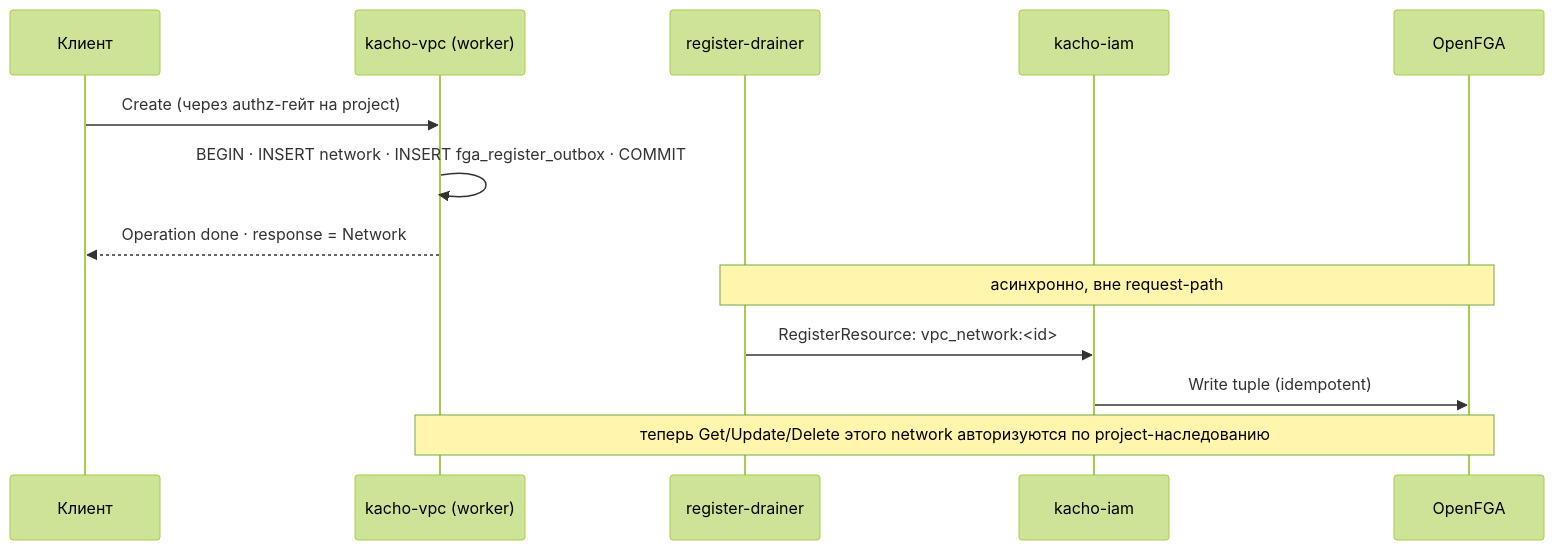
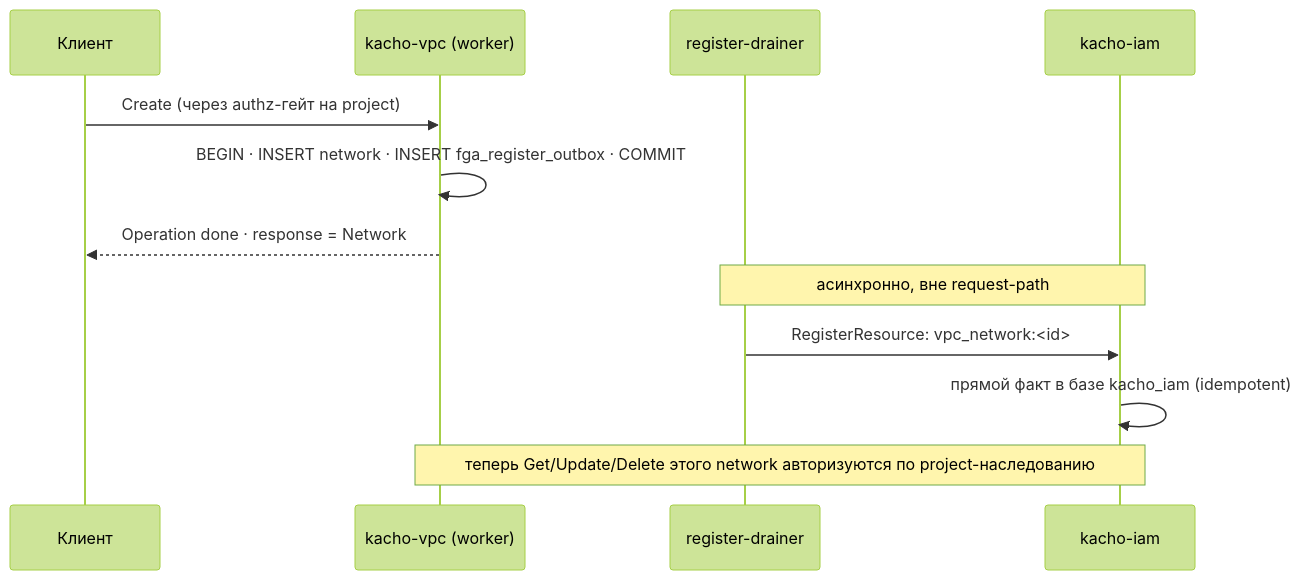
One commit to PRO-Robotech/kacho changed the second of 3 diagrams in services/vpc/docs/content/architecture/authz.mdx. Above: the diagram before and after it, drawn with Mermaid (forest theme). The commit also changed other lines of this file and 589 other files, not shown here.

````diff
--- a/services/vpc/docs/content/architecture/authz.mdx
+++ b/services/vpc/docs/content/architecture/authz.mdx
@@ -157,15 +161,14 @@
 ```mermaid
 sequenceDiagram
   participant C as Клиент
   participant V as kacho-vpc (worker)
   participant D as register-drainer
   participant I as kacho-iam
-  participant F as OpenFGA
   C->>V: Create (через authz-гейт на project)
   V->>V: BEGIN · INSERT network · INSERT fga_register_outbox · COMMIT
   V-->>C: Operation done · response = Network
-  Note over D,F: асинхронно, вне request-path
+  Note over D,I: асинхронно, вне request-path
   D->>I: RegisterResource: vpc_network:<id>#project@project:<pid>
-  I->>F: Write tuple (idempotent)
-  Note over V,F: теперь Get/Update/Delete этого network авторизуются по project-наследованию
+  I->>I: прямой факт в базе kacho_iam (idempotent)
+  Note over V,I: теперь Get/Update/Delete этого network авторизуются по project-наследованию
 ```
````
